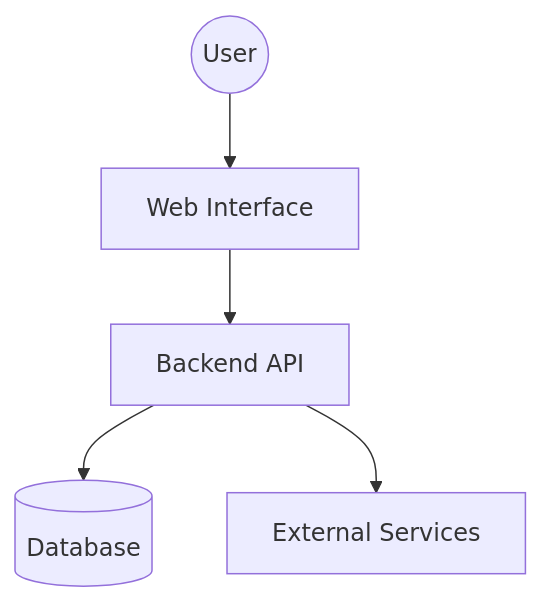
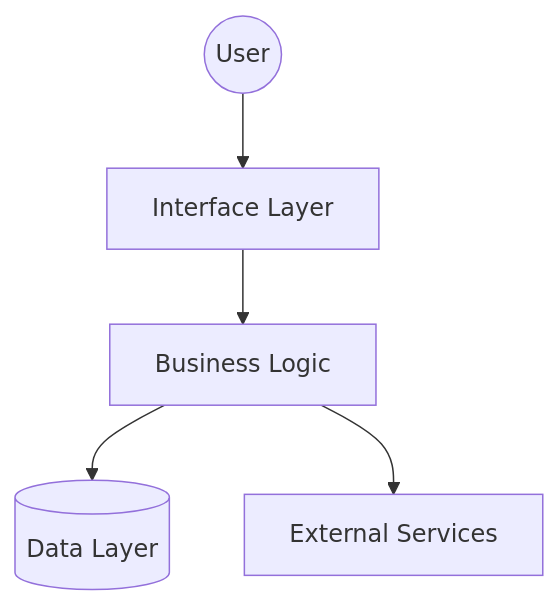
The diagram in EXAMPLES/docs/RFD/README.md (joelabreurojas/ssot), drawn with Mermaid before and after one commit. The commit also changed other lines of this file and 27 other files, not shown here.

````diff
--- a/EXAMPLES/docs/RFD/README.md
+++ b/EXAMPLES/docs/RFD/README.md
@@ -15,7 +15,7 @@
 ```mermaid
 graph TD
-    User((User)) --> Web[Web Interface]
-    Web --> API[Backend API]
-    API --> DB[(Database)]
-    API --> Ext[External Services]
+    User((User)) --> Interface[Interface Layer]
+    Interface --> Logic[Business Logic]
+    Logic --> Data[(Data Layer)]
+    Logic --> Ext[External Services]
 ```
````
